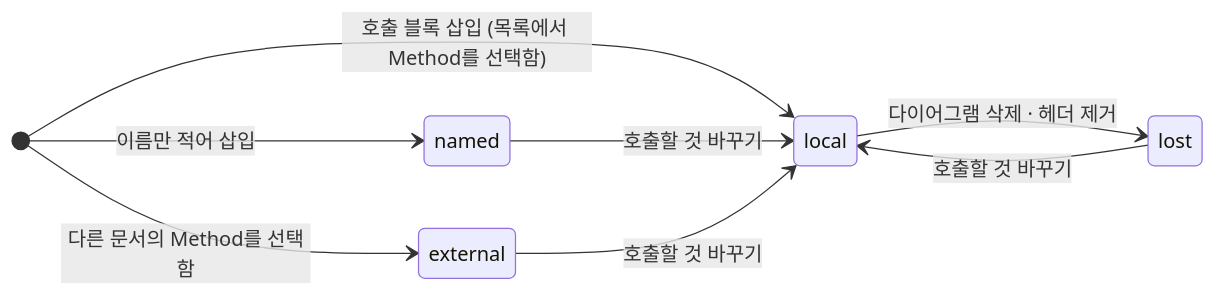
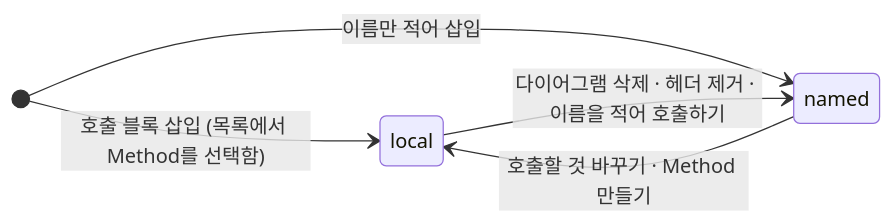
One commit to reddiana/AriadneNSD changed the first of 2 diagrams in docs/04-design/01-model.md. Above: the diagram before and after it, drawn with Mermaid. The commit also changed other lines of this file and 73 other files, not shown here.

````diff
--- a/docs/04-design/01-model.md
+++ b/docs/04-design/01-model.md
@@ -160,11 +158,8 @@
 ```mermaid
 stateDiagram-v2
     direction LR
     [*] --> local : 호출 블록 삽입 (목록에서 Method를 선택함)
     [*] --> named : 이름만 적어 삽입
-    [*] --> external : 다른 문서의 Method를 선택함
-    local --> lost : 다이어그램 삭제 · 헤더 제거
-    lost --> local : 호출할 것 바꾸기
-    named --> local : 호출할 것 바꾸기
-    external --> local : 호출할 것 바꾸기
+    local --> named : 다이어그램 삭제 · 헤더 제거 · 이름을 적어 호출하기
+    named --> local : 호출할 것 바꾸기 · Method 만들기
 ```
````
